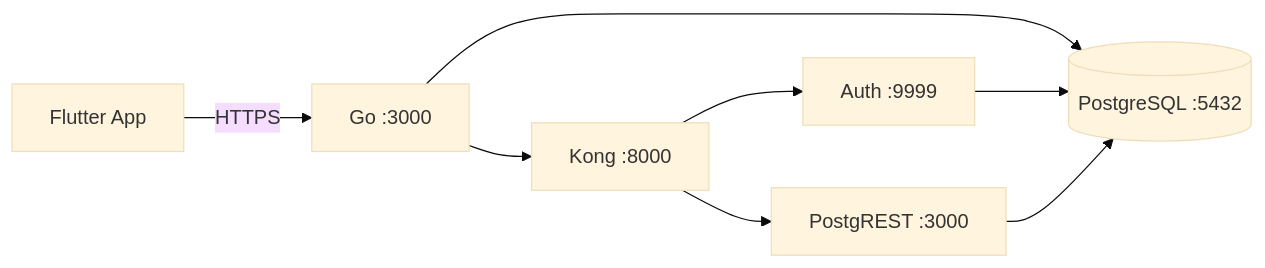
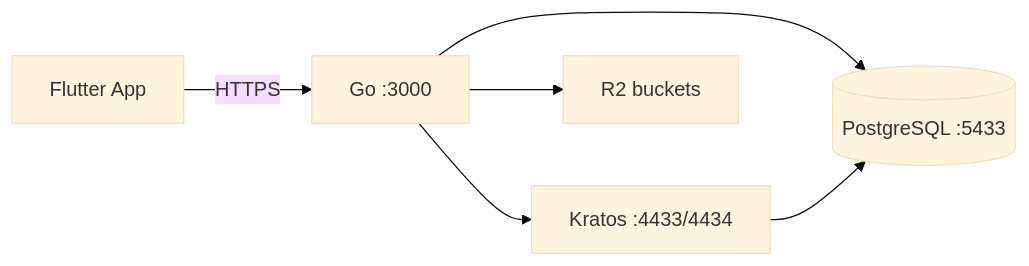
Before and after one commit to cobyzero/refer_api: the diagram in docs/Refer-API.md, drawn with Mermaid (base theme). The commit also changed other lines of this file and 45 other files, not shown here.

````diff
--- a/docs/Refer-API.md
+++ b/docs/Refer-API.md
@@ -46,11 +47,9 @@
 ```mermaid
 graph LR
     Flutter[Flutter App] -->|HTTPS| Go[Go :3000]
-    Go --> Kong[Kong :8000]
-    Kong --> Auth[Auth :9999]
-    Kong --> REST[PostgREST :3000]
-    Go --> PG[(PostgreSQL :5432)]
-    Auth --> PG
-    REST --> PG
-    class Flutter,Go,Kong,Auth,REST,PG internal-link;
+    Go --> Kratos[Kratos :4433/4434]
+    Go --> R2[R2 buckets]
+    Go --> PG[(PostgreSQL :5433)]
+    Kratos --> PG
+    class Flutter,Go,Kratos,R2,PG internal-link;
 ```
````
